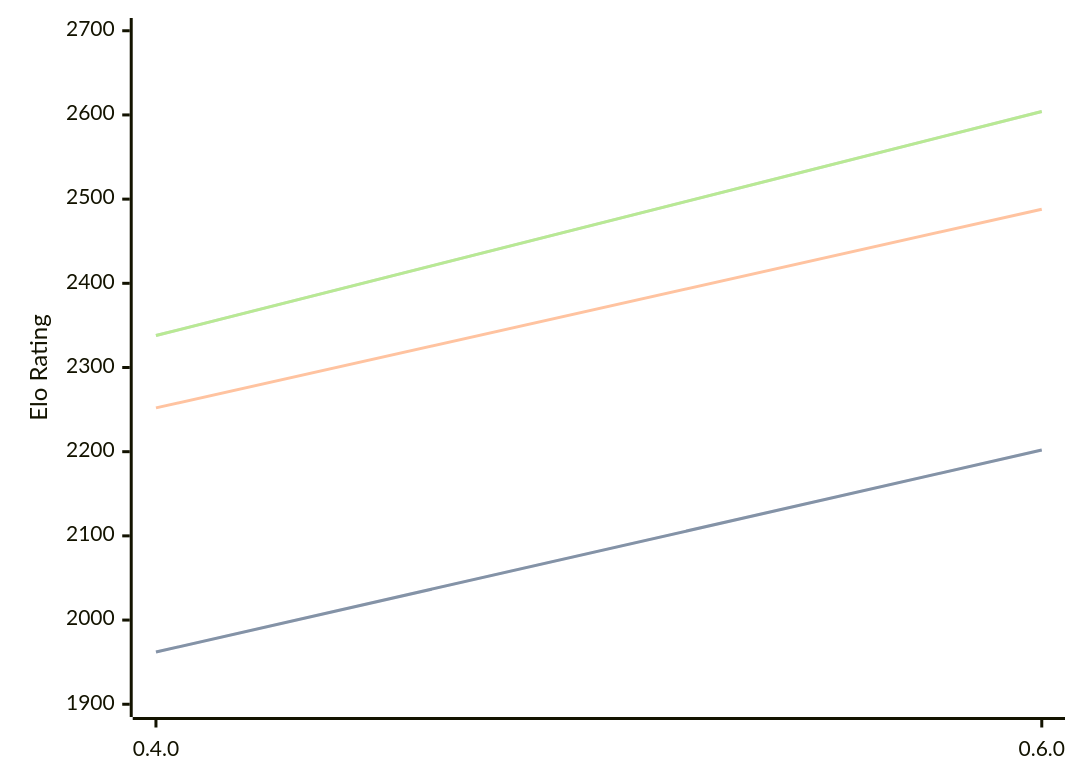
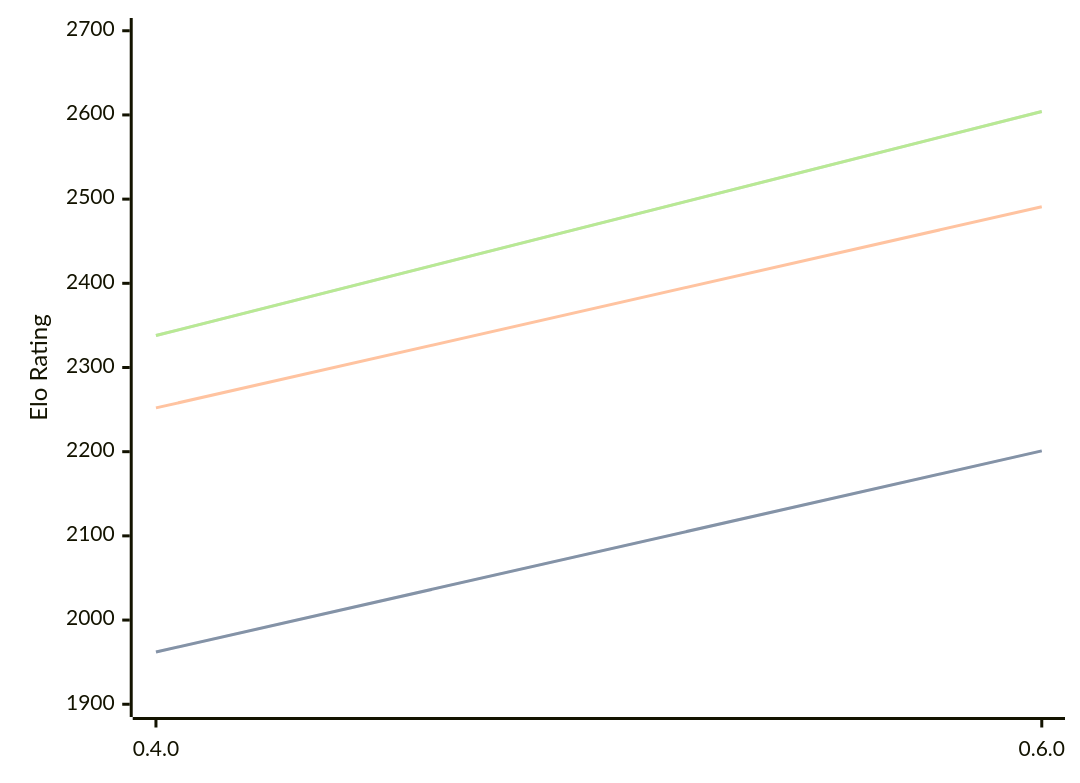
One commit to computer-chess-index/cci changed the diagram in engines/Ariadne.md. Above: the diagram before and after it, drawn with Mermaid. The commit also changed other lines of this file, not shown here.

````diff
--- a/engines/Ariadne.md
+++ b/engines/Ariadne.md
@@ -36,11 +36,11 @@
 ```mermaid
 %%{init: {"theme":"base","themeVariables":{"seriesColors:['#a3a3a3','#222221','#faa371']}}}%%
 xychart-beta
   x-axis ["0.4.0", "0.6.0"]
   y-axis "Elo Rating" 1900 --> 2700
-  line "" [1962, 2202]
-  line "STC (8.0+0.08s)" [1962, 2202]
-  line "LTC (60.0+0.60s)" [2252, 2488]
+  line "" [1962, 2201]
+  line "STC (8.0+0.08s)" [1962, 2201]
+  line "LTC (60.0+0.60s)" [2252, 2491]
   line "" [2338, 2604]
   line "VLTC (2m24s+1.12s)" [2338, 2604]
 ```
````
